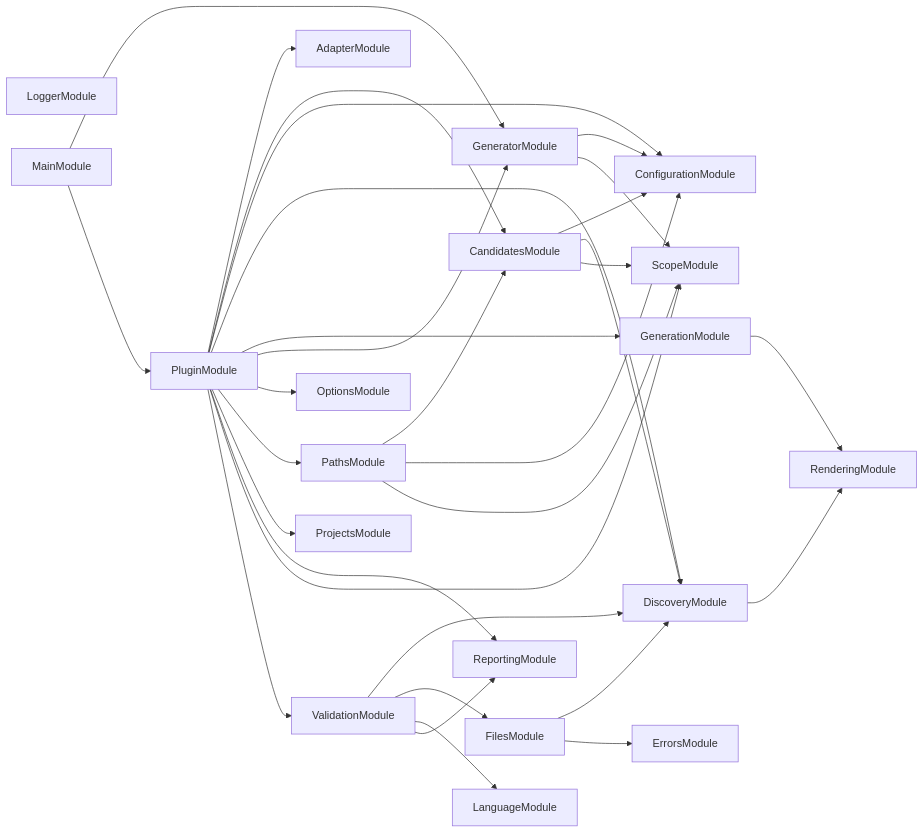
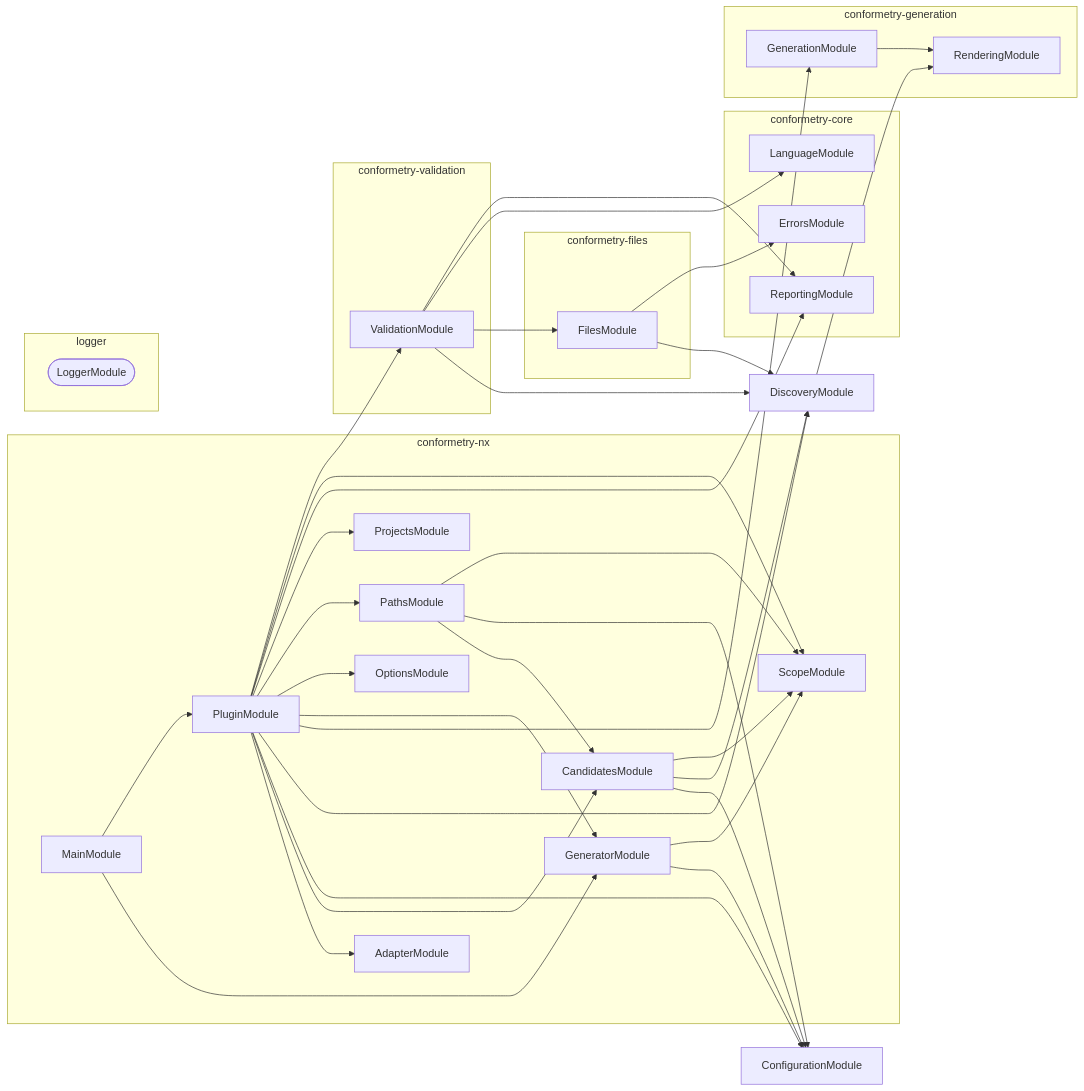
Before and after one commit to JimmyPaolini/codebase: the second of 2 diagrams in packages/conformetry-nx/README.md, drawn with Mermaid. The commit also changed other lines of this file and 71 other files, not shown here.

Commit message:
feat(synchronization): ✨ group module graphs by package and add nx project graphs

````diff
--- a/packages/conformetry-nx/README.md
+++ b/packages/conformetry-nx/README.md
@@ -121,34 +158,64 @@
 ```mermaid
 flowchart LR
-  LoggerModule
+  subgraph group0["conformetry-nx"]
+    AdapterModule
+    CandidatesModule
+    GeneratorModule
+    MainModule
+    OptionsModule
+    PathsModule
+    PluginModule
+    ProjectsModule
+    ScopeModule
+  end
+  subgraph group1["conformetry-core"]
+    ErrorsModule
+    LanguageModule
+    ReportingModule
+  end
+  subgraph group2["conformetry-files"]
+    FilesModule
+  end
+  subgraph group3["conformetry-generation"]
+    GenerationModule
+    RenderingModule
+  end
+  subgraph group4["conformetry-validation"]
+    ValidationModule
+  end
+  subgraph group5["logger"]
+    LoggerModule([LoggerModule])
+  end
+  ConfigurationModule
+  DiscoveryModule
   CandidatesModule --> ConfigurationModule
   CandidatesModule --> DiscoveryModule
   CandidatesModule --> ScopeModule
   DiscoveryModule --> RenderingModule
   FilesModule --> DiscoveryModule
   FilesModule --> ErrorsModule
   GenerationModule --> RenderingModule
   GeneratorModule --> ConfigurationModule
   GeneratorModule --> ScopeModule
   MainModule --> GeneratorModule
   MainModule --> PluginModule
   PathsModule --> CandidatesModule
   PathsModule --> ConfigurationModule
   PathsModule --> ScopeModule
   PluginModule --> AdapterModule
   PluginModule --> CandidatesModule
   PluginModule --> ConfigurationModule
   PluginModule --> DiscoveryModule
   PluginModule --> GenerationModule
   PluginModule --> GeneratorModule
   PluginModule --> OptionsModule
   PluginModule --> PathsModule
   PluginModule --> ProjectsModule
   PluginModule --> ReportingModule
   PluginModule --> ScopeModule
   PluginModule --> ValidationModule
   ValidationModule --> DiscoveryModule
   ValidationModule --> FilesModule
   ValidationModule --> LanguageModule
   ValidationModule --> ReportingModule
 ```
````
